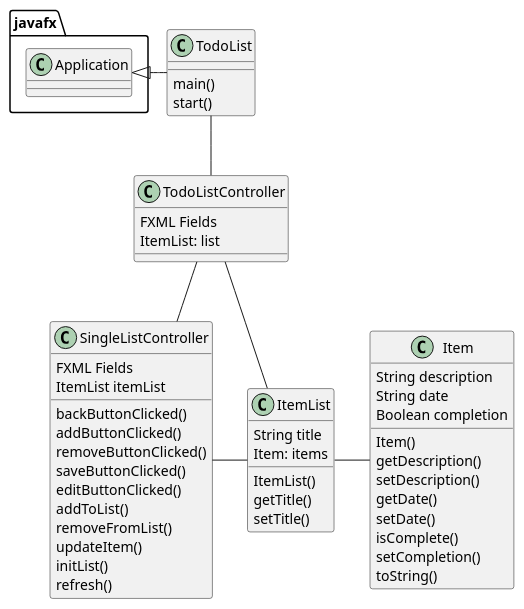
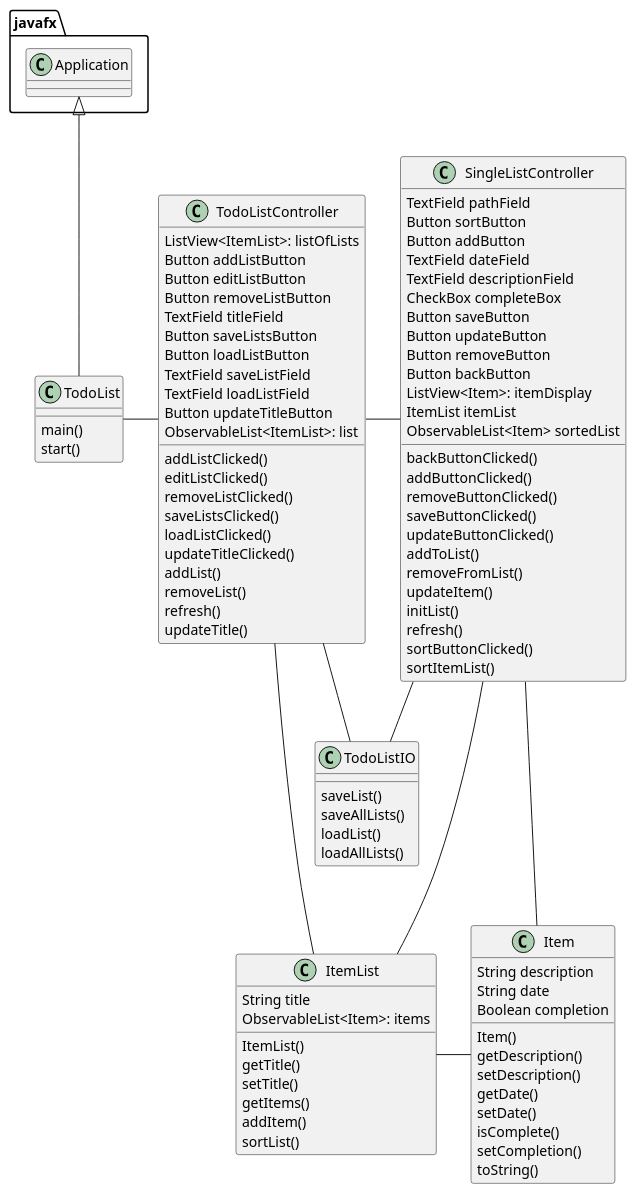
One commit to rharding8/harding-cop3330-assignment4 changed the diagram in uml/TodoList.puml. Above: the diagram before and after it, drawn with PlantUML. The commit also changed 6 other files, not shown here.

Commit message:
Seventh Commit: Added more pseudocode and updated interface and updated diagram.

```diff
--- a/uml/TodoList.puml
+++ b/uml/TodoList.puml
@@ -1,58 +1,103 @@
 @startuml
 'https://plantuml.com/class-diagram
 
 class TodoList {
     main()
     start()
 }
 
 class TodoListController {
-    FXML Fields
-    ItemList: list
+    ListView<ItemList>: listOfLists
+    Button addListButton
+    Button editListButton
+    Button removeListButton
+    TextField titleField
+    Button saveListsButton
+    Button loadListButton
+    TextField saveListField
+    TextField loadListField
+    Button updateTitleButton
+    ObservableList<ItemList>: list
+    addListClicked()
+    editListClicked()
+    removeListClicked()
+    saveListsClicked()
+    loadListClicked()
+    updateTitleClicked()
+    addList()
+    removeList()
+    refresh()
+    updateTitle()
 }
 
 class SingleListController {
-    FXML Fields
+    TextField pathField
+    Button sortButton
+    Button addButton
+    TextField dateField
+    TextField descriptionField
+    CheckBox completeBox
+    Button saveButton
+    Button updateButton
+    Button removeButton
+    Button backButton
+    ListView<Item>: itemDisplay
     ItemList itemList
+    ObservableList<Item> sortedList
     backButtonClicked()
     addButtonClicked()
     removeButtonClicked()
     saveButtonClicked()
-    editButtonClicked()
+    updateButtonClicked()
     addToList()
     removeFromList()
     updateItem()
     initList()
     refresh()
+    sortButtonClicked()
+    sortItemList()
 }
 
 class Item {
     String description
     String date
     Boolean completion
     Item()
     getDescription()
     setDescription()
     getDate()
     setDate()
     isComplete()
     setCompletion()
     toString()
 }
 
 class ItemList {
     String title
-    Item: items
+    ObservableList<Item>: items
     ItemList()
     getTitle()
     setTitle()
+    getItems()
+    addItem()
+    sortList()
 }
 
-javafx.Application <|- TodoList
-TodoList -- TodoListController
-TodoListController -- SingleListController
+class TodoListIO {
+    saveList()
+    saveAllLists()
+    loadList()
+    loadAllLists()
+}
+
+javafx.Application <|-- TodoList
+TodoList - TodoListController
+TodoListController - SingleListController
 TodoListController -- ItemList
-SingleListController - ItemList
+TodoListController -- TodoListIO
+SingleListController --- ItemList
+SingleListController - Item
+SingleListController - TodoListIO
 ItemList - Item
 
 @enduml
```
